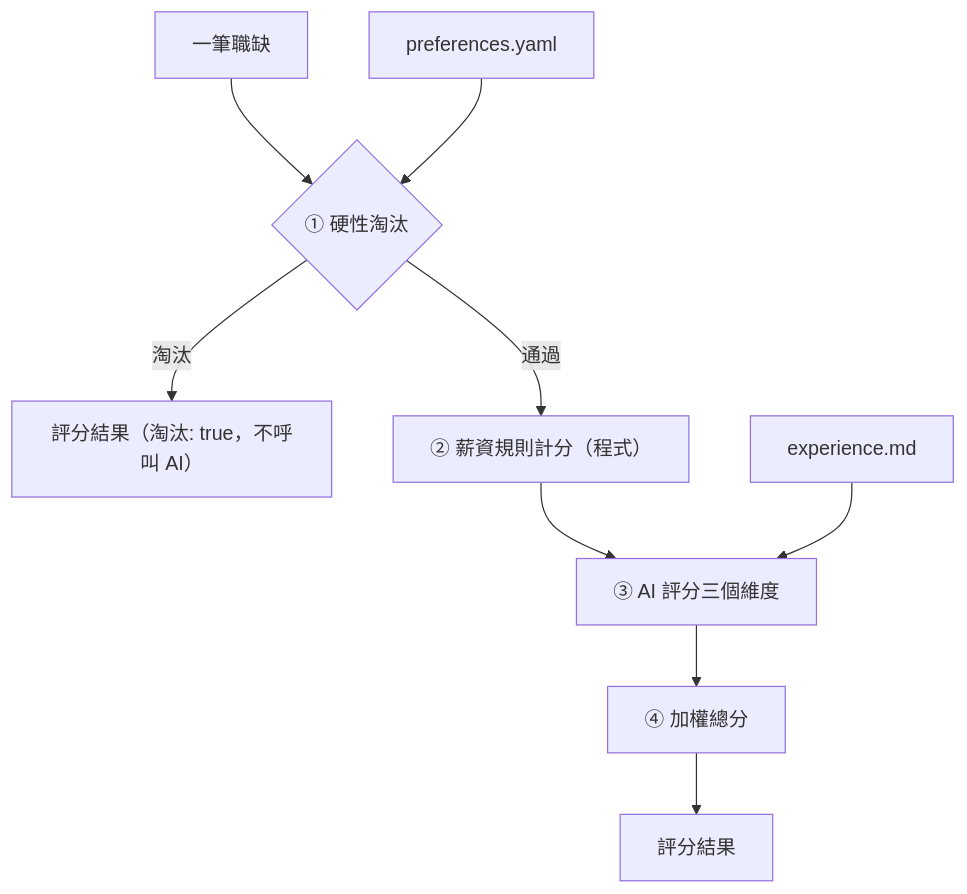
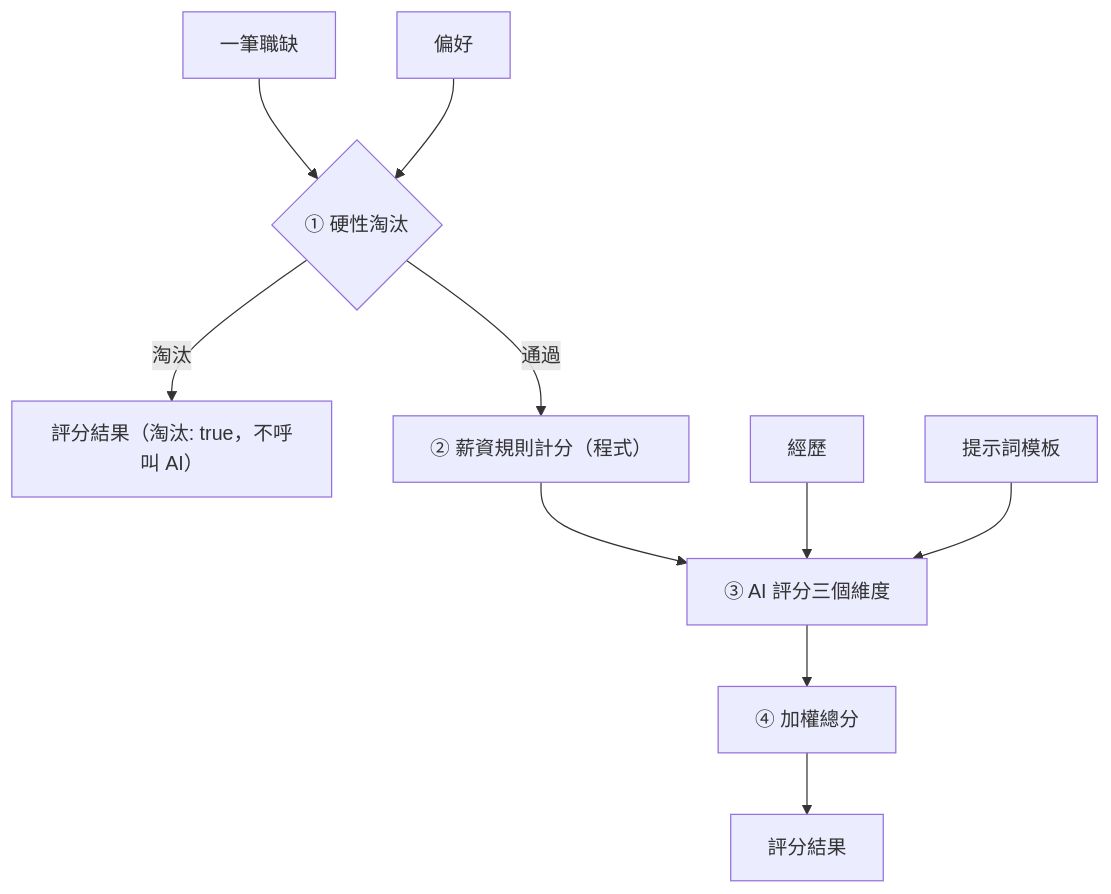
One commit to dlhdb/job-matching changed the first of 2 diagrams in docs/product/features/job-auto-scoring.md. Above: the diagram before and after it, drawn with Mermaid. The commit also changed other lines of this file and 12 other files, not shown here.

````diff
--- a/docs/product/features/job-auto-scoring.md
+++ b/docs/product/features/job-auto-scoring.md
@@ -157,11 +151,12 @@
 ```mermaid
 flowchart TD
     J[一筆職缺] --> F{① 硬性淘汰}
-    P[preferences.yaml] --> F
+    P[偏好] --> F
     F -->|淘汰| X["評分結果（淘汰: true，不呼叫 AI）"]
     F -->|通過| S["② 薪資規則計分（程式）"]
     S --> A["③ AI 評分三個維度"]
-    E[experience.md] --> A
+    E[經歷] --> A
+    T[提示詞模板] --> A
     A --> W[④ 加權總分]
     W --> O[評分結果]
 ```
````
